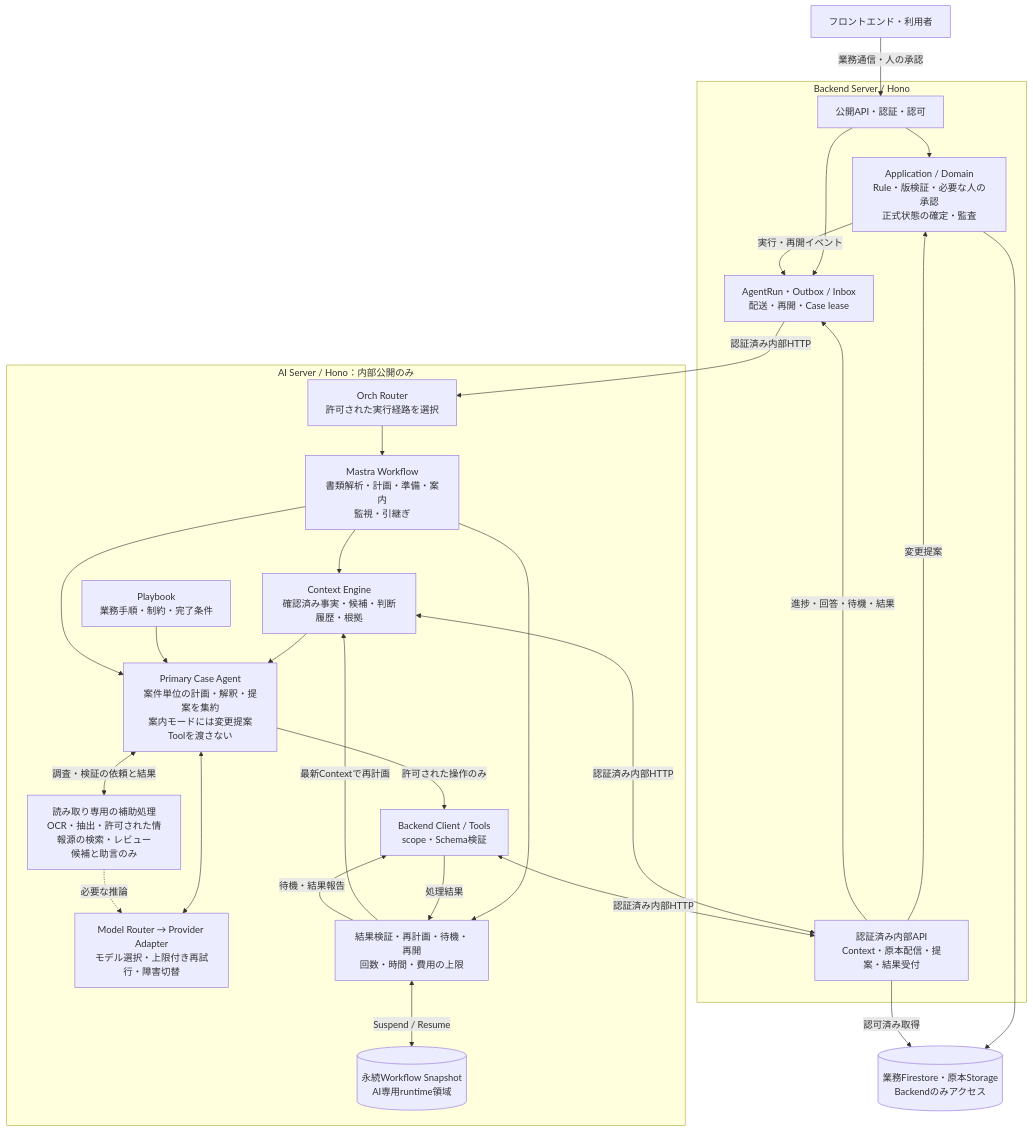
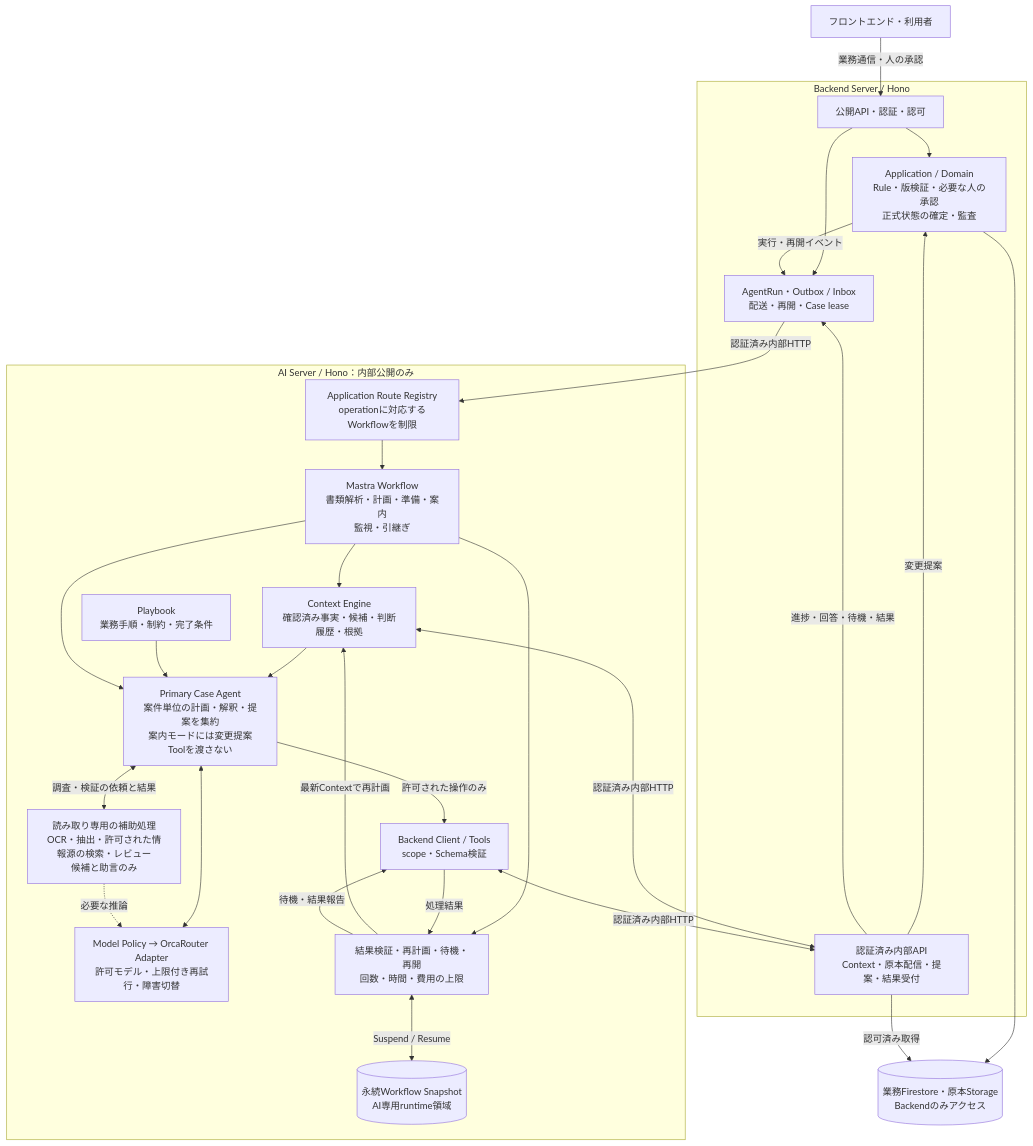
Before and after one commit to after-flow/after-flow: the diagram in docs/agent-architecture.md, drawn with Mermaid. The commit also changed other lines of this file and 22 other files, not shown here.

````diff
--- a/docs/agent-architecture.md
+++ b/docs/agent-architecture.md
@@ -5,53 +5,53 @@
 ```mermaid
 flowchart TB
     WEB["フロントエンド・利用者"]
 
     subgraph BACKEND["Backend Server / Hono"]
         API["公開API・認証・認可"]
         INTERNAL["認証済み内部API<br/>Context・原本配信・提案・結果受付"]
         COMMAND["Application / Domain<br/>Rule・版検証・必要な人の承認<br/>正式状態の確定・監査"]
         DELIVERY["AgentRun・Outbox / Inbox<br/>配送・再開・Case lease"]
     end
 
     BUSINESS[("業務Firestore・原本Storage<br/>Backendのみアクセス")]
 
     subgraph AI["AI Server / Hono：内部公開のみ"]
-        ROUTER["Orch Router<br/>許可された実行経路を選択"]
+        ROUTER["Application Route Registry<br/>operationに対応するWorkflowを制限"]
         WORKFLOW["Mastra Workflow<br/>書類解析・計画・準備・案内<br/>監視・引継ぎ"]
         CONTEXT["Context Engine<br/>確認済み事実・候補・判断履歴・根拠"]
         PLAYBOOK["Playbook<br/>業務手順・制約・完了条件"]
         CORE["Primary Case Agent<br/>案件単位の計画・解釈・提案を集約<br/>案内モードには変更提案Toolを渡さない"]
         SUPPORT["読み取り専用の補助処理<br/>OCR・抽出・許可された情報源の検索・レビュー<br/>候補と助言のみ"]
-        MODEL["Model Router → Provider Adapter<br/>モデル選択・上限付き再試行・障害切替"]
+        MODEL["Model Policy → OrcaRouter Adapter<br/>許可モデル・上限付き再試行・障害切替"]
         TOOLS["Backend Client / Tools<br/>scope・Schema検証"]
         VERIFY["結果検証・再計画・待機・再開<br/>回数・時間・費用の上限"]
         SNAPSHOT[("永続Workflow Snapshot<br/>AI専用runtime領域")]
     end
 
     WEB -->|"業務通信・人の承認"| API
     API --> COMMAND
     API --> DELIVERY
     COMMAND --> BUSINESS
     INTERNAL -->|"認可済み取得"| BUSINESS
     INTERNAL -->|"変更提案"| COMMAND
     INTERNAL -->|"進捗・回答・待機・結果"| DELIVERY
     COMMAND -->|"実行・再開イベント"| DELIVERY
     DELIVERY -->|"認証済み内部HTTP"| ROUTER
 
     ROUTER --> WORKFLOW
     WORKFLOW --> CONTEXT
     CONTEXT <-->|"認証済み内部HTTP"| INTERNAL
     CONTEXT --> CORE
     PLAYBOOK --> CORE
     WORKFLOW --> CORE
     CORE <-->|"調査・検証の依頼と結果"| SUPPORT
     CORE <--> MODEL
     SUPPORT -.->|"必要な推論"| MODEL
     CORE -->|"許可された操作のみ"| TOOLS
     TOOLS <-->|"認証済み内部HTTP"| INTERNAL
     WORKFLOW --> VERIFY
     TOOLS -->|"処理結果"| VERIFY
     VERIFY -->|"最新Contextで再計画"| CONTEXT
     VERIFY <-->|"Suspend / Resume"| SNAPSHOT
     VERIFY -->|"待機・結果報告"| TOOLS
 ```
````
